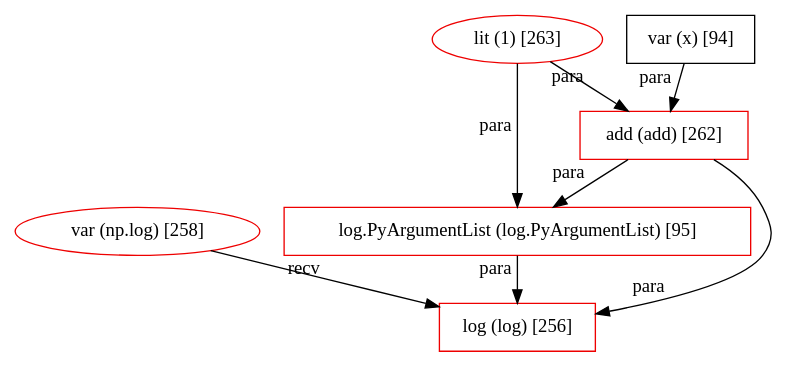
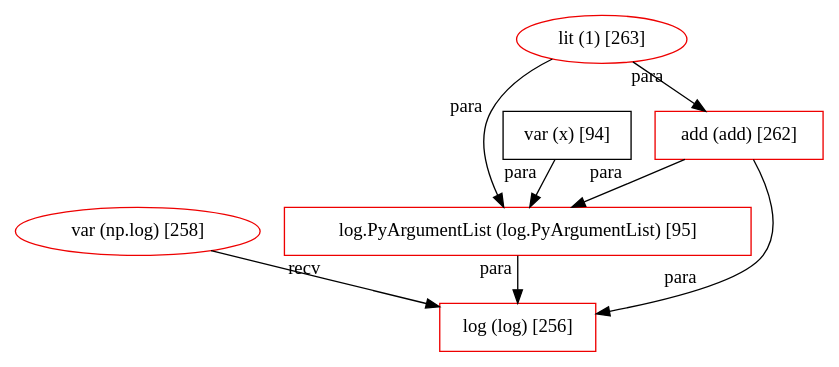
The diagram in plugin/src/main/resources/patterns/4890/graph.dot (JetBrains-Research/revizor), drawn with Graphviz before and after one commit. The commit also changed 21 other files, not shown here.

Commit message:
Implement new PatternsStorage Fix actions.json and graph.dot for all patterns Fix some NPE bugs ! Bug with labels_groups is still exists !

```diff
--- a/plugin/src/main/resources/patterns/4890/graph.dot
+++ b/plugin/src/main/resources/patterns/4890/graph.dot
@@ -1,15 +1,15 @@
 digraph G {
   256 [ metadata="" color="red2" shape="box" label="log (log) [256]" ];
   258 [ metadata="" color="red2" shape="ellipse" label="var (np.log) [258]" ];
   95 [ metadata="" color="red2" shape="box" label="log.PyArgumentList (log.PyArgumentList) [95]" ];
   263 [ metadata="" color="red2" shape="ellipse" label="lit (1) [263]" ];
   262 [ metadata="" color="red2" shape="box" label="add (add) [262]" ];
   94 [ metadata="hanger" color="null" shape="null" label="var (x) [94]" ];
   258 -> 256 [ from_closure="false" xlabel="recv" ];
   95 -> 256 [ from_closure="false" xlabel="para" ];
   263 -> 95 [ from_closure="false" xlabel="para" ];
   263 -> 262 [ from_closure="false" xlabel="para" ];
   262 -> 256 [ from_closure="false" xlabel="para" ];
   262 -> 95 [ from_closure="false" xlabel="para" ];
-  94 -> 262 [ from_closure="false" xlabel="para" ];
+  94 -> 95 [ from_closure="false" xlabel="para" ];
 }
```
